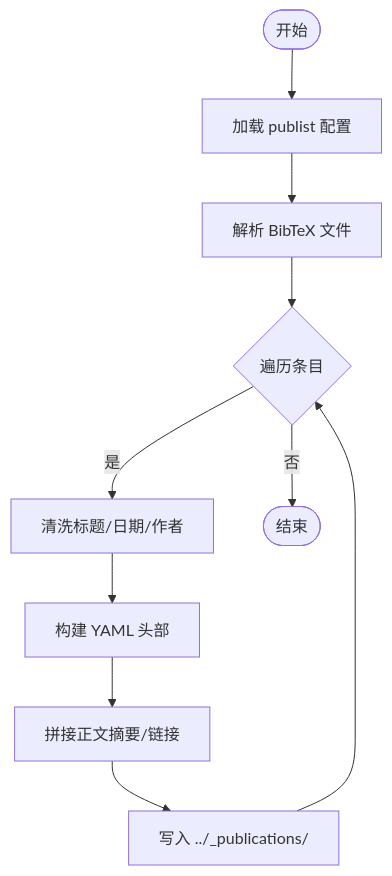
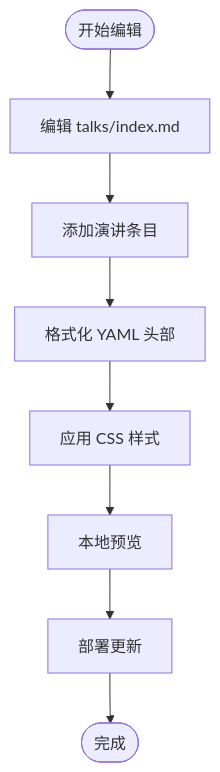
The fourth of 5 diagrams in .qoder/repowiki/zh/content/数据处理和自动化/Markdown 生成工具.md (CoolPig0720/CoolPig0720.github.io), drawn with Mermaid before and after one commit. The commit also changed other lines of this file and 36 other files, not shown here.

````diff
--- a/.qoder/repowiki/zh/content/数据处理和自动化/Markdown 生成工具.md
+++ b/.qoder/repowiki/zh/content/数据处理和自动化/Markdown 生成工具.md
@@ -252,12 +181,10 @@
 ```mermaid
 flowchart TD
-Start(["开始"]) --> Config["加载 publist 配置"]
-Config --> Parse["解析 BibTeX 文件"]
-Parse --> Loop{"遍历条目"}
-Loop --> |是| Clean["清洗标题/日期/作者"]
-Clean --> BuildYaml["构建 YAML 头部"]
-BuildYaml --> BuildBody["拼接正文摘要/链接"]
-BuildBody --> Write["写入 ../_publications/"]
-Write --> Loop
-Loop --> |否| End(["结束"])
+Start(["开始编辑"]) --> Edit["编辑 talks/index.md"]
+Edit --> Add["添加演讲条目"]
+Add --> Format["格式化 YAML 头部"]
+Format --> Style["应用 CSS 样式"]
+Style --> Preview["本地预览"]
+Preview --> Deploy["部署更新"]
+Deploy --> End(["完成"])
 ```
````
